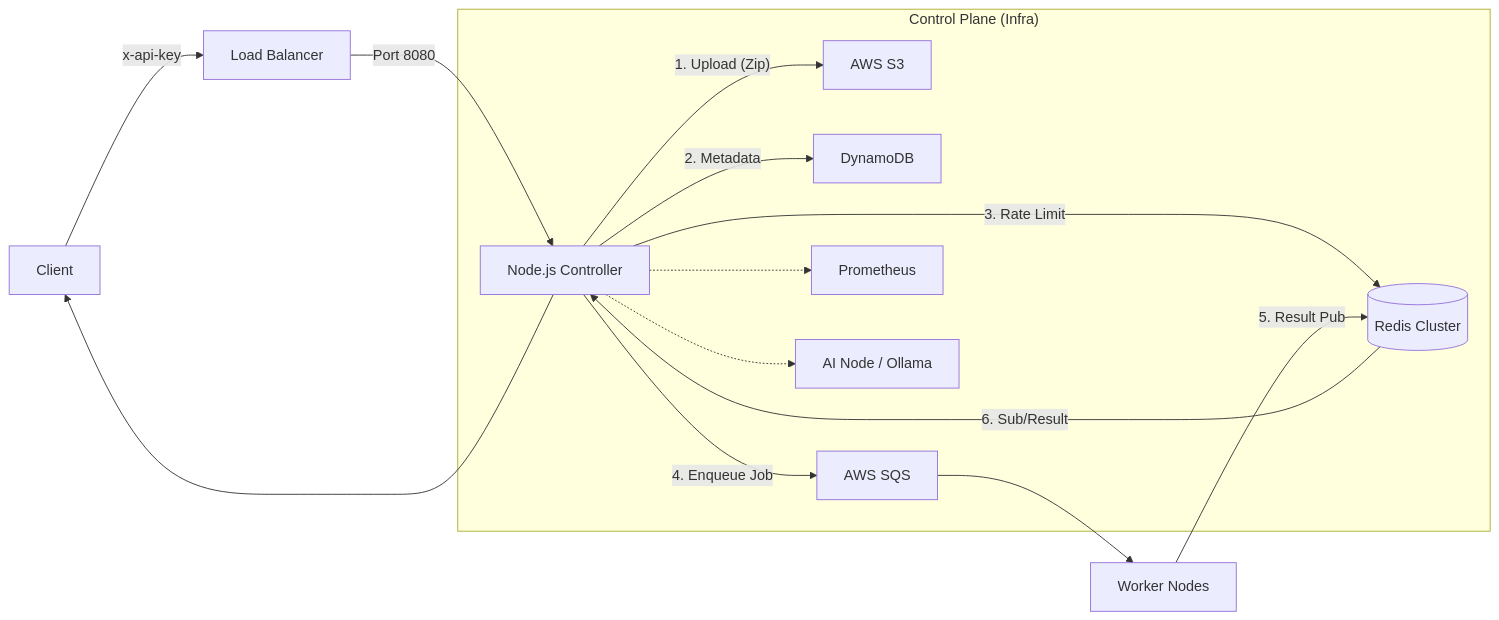
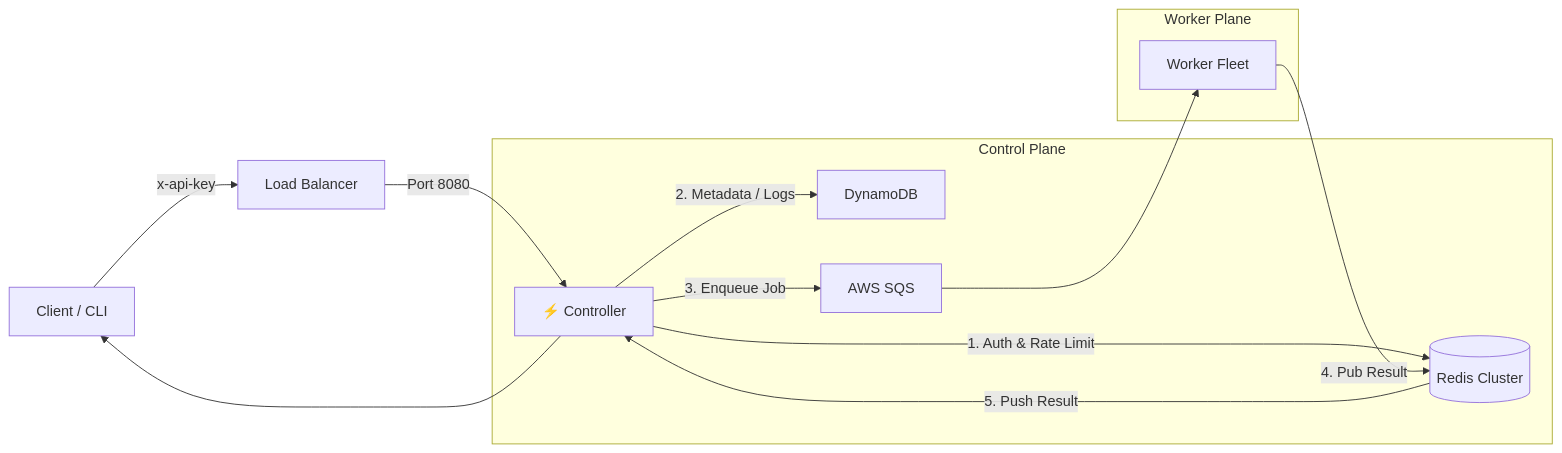
Before and after one commit to sangmu1126/FaaS-Platform: the diagram in README.md, drawn with Mermaid. The commit also changed other lines of this file, not shown here.

Commit message:
update README: stability, terminal output, dynamic management, API refs

````diff
--- a/README.md
+++ b/README.md
@@ -24,20 +28,19 @@
 ```mermaid
 graph LR
-    User[Client] -- "x-api-key" --> ALB[Load Balancer]
-    ALB -- Port 8080 --> Controller[Node.js Controller]
+    User[Client / CLI] -- "x-api-key" --> ALB[Load Balancer]
+    ALB -- Port 8080 --> Control[⚡ Controller]
     
-    subgraph "Control Plane (Infra)"
-    Controller -- "1. Upload (Zip)" --> S3[AWS S3]
-    Controller -- "2. Metadata" --> DDB[DynamoDB]
-    Controller -- "3. Rate Limit" --> Redis[(Redis Cluster)]
-    Controller -- "4. Enqueue Job" --> SQS[AWS SQS]
-    
-    Controller -.-> Prom[Prometheus]
-    Controller -.-> AINode[AI Node / Ollama]
+    subgraph "Control Plane"
+        Control -- "1. Auth & Rate Limit" --> Redis[(Redis Cluster)]
+        Control -- "2. Metadata / Logs" --> DDB[DynamoDB]
+        Control -- "3. Enqueue Job" --> SQS[AWS SQS]
     end
 
-    SQS --> Worker[Worker Nodes]
-    Worker -- "5. Result Pub" --> Redis
-    Redis -- "6. Sub/Result" --> Controller
-    Controller --> User
+    subgraph "Worker Plane"
+        SQS --> Worker[Worker Fleet]
+        Worker -- "4. Pub Result" --> Redis
+    end
+    
+    Redis -- "5. Push Result" --> Control
+    Control --> User
 ```
````
